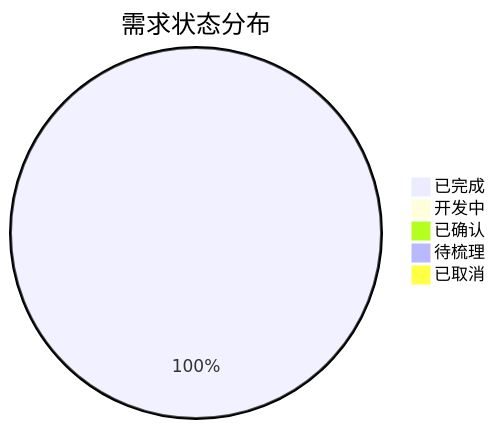
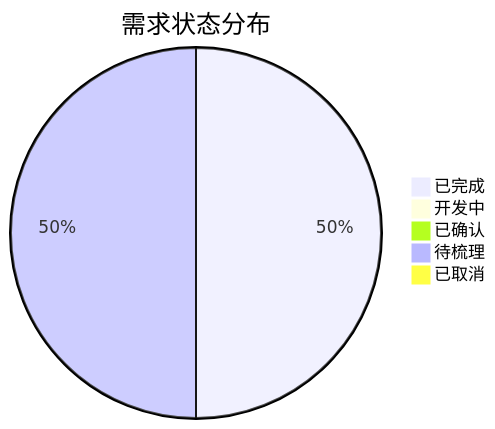
The second of 2 diagrams in doc/requirements/index.md (hhyouyou/eaves), drawn with Mermaid before and after one commit. The commit also changed other lines of this file and 8 other files, not shown here.

````diff
--- a/doc/requirements/index.md
+++ b/doc/requirements/index.md
@@ -73,9 +73,9 @@
 ```mermaid
 pie
     title 需求状态分布
     "已完成" : 1
     "开发中" : 0
     "已确认" : 0
-    "待梳理" : 0
+    "待梳理" : 1
     "已取消" : 0
 ```
````
